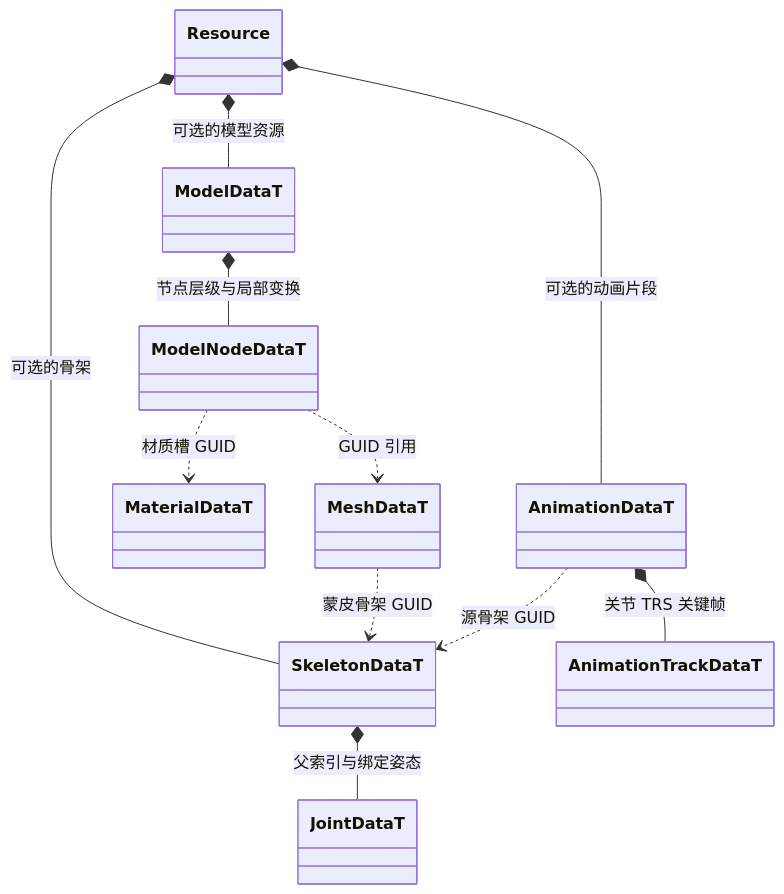
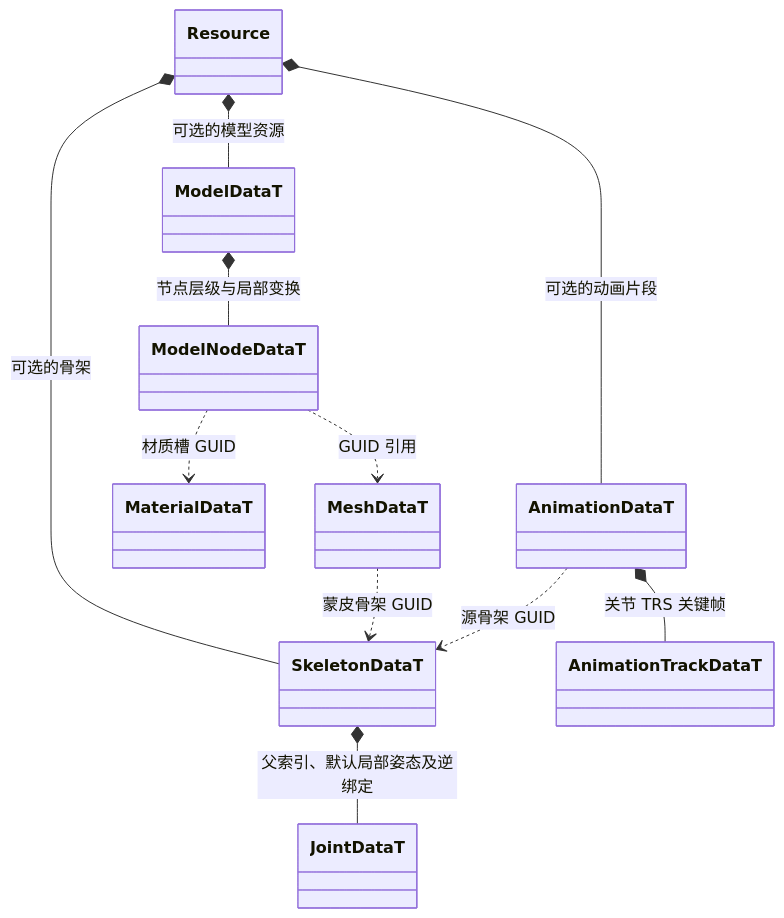
One commit to lcals/Engine changed the first of 5 diagrams in docs/runtime/class-diagrams/model-resources.md. Above: the diagram before and after it, drawn with Mermaid. The commit also changed other lines of this file and 15 other files, not shown here.

````diff
--- a/docs/runtime/class-diagrams/model-resources.md
+++ b/docs/runtime/class-diagrams/model-resources.md
@@ -9,22 +9,22 @@
 ```mermaid
 classDiagram
     class Resource
     class ModelDataT
     class ModelNodeDataT
     class MeshDataT
     class MaterialDataT
     class SkeletonDataT
     class JointDataT
     class AnimationDataT
     class AnimationTrackDataT
     Resource *-- ModelDataT : 可选的模型资源
     Resource *-- SkeletonDataT : 可选的骨架
     Resource *-- AnimationDataT : 可选的动画片段
     ModelDataT *-- ModelNodeDataT : 节点层级与局部变换
     ModelNodeDataT ..> MeshDataT : GUID 引用
     ModelNodeDataT ..> MaterialDataT : 材质槽 GUID
     MeshDataT ..> SkeletonDataT : 蒙皮骨架 GUID
-    SkeletonDataT *-- JointDataT : 父索引与绑定姿态
+    SkeletonDataT *-- JointDataT : 父索引、默认局部姿态及逆绑定
     AnimationDataT ..> SkeletonDataT : 源骨架 GUID
     AnimationDataT *-- AnimationTrackDataT : 关节 TRS 关键帧
 ```
````
